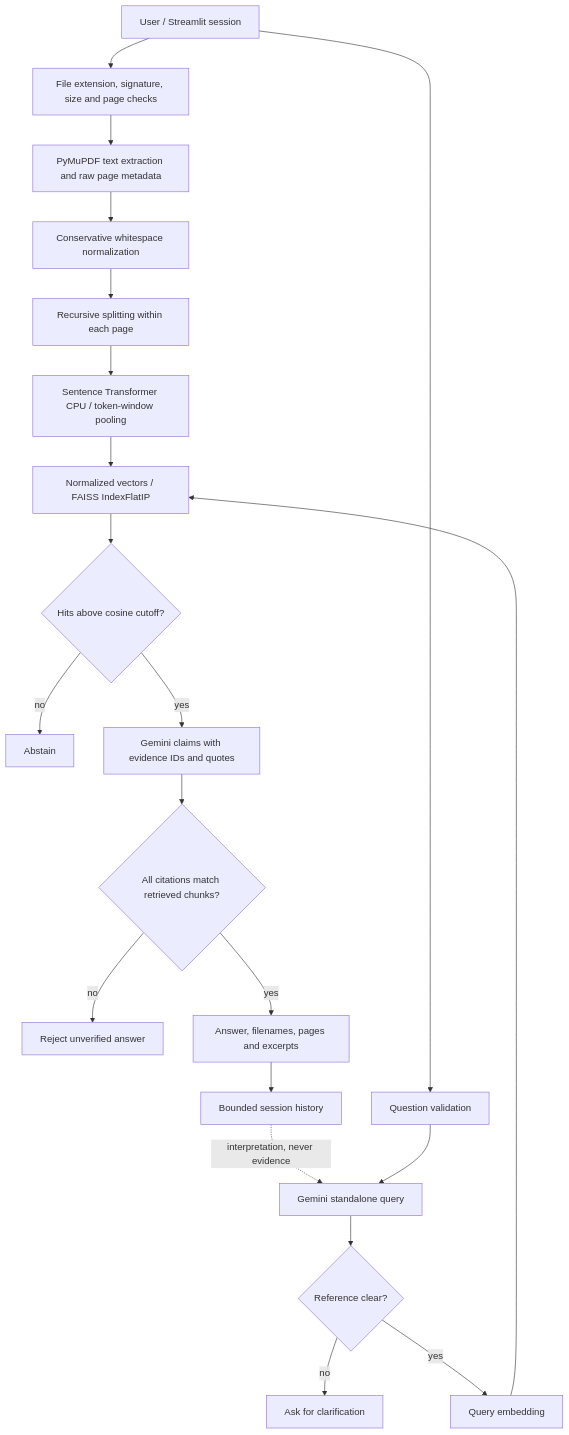
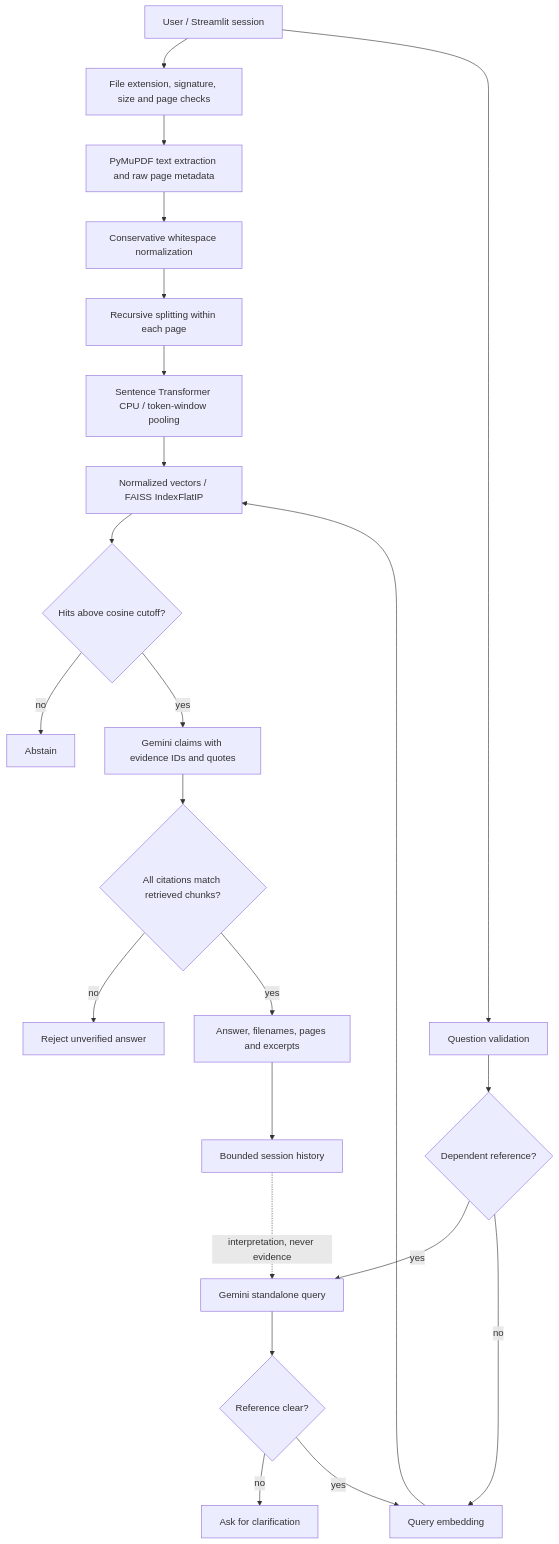
One commit to RishabhYAdav123/DocuMind-AI-Multi-Document-RAG changed the diagram in docs/architecture.md. Above: the diagram before and after it, drawn with Mermaid. The commit also changed 7 other files, not shown here.

````diff
--- a/docs/architecture.md
+++ b/docs/architecture.md
@@ -3,23 +3,25 @@
 ```mermaid
 flowchart TD
   U[User / Streamlit session] --> V[File extension, signature, size and page checks]
   V --> X[PyMuPDF text extraction and raw page metadata]
   X --> P[Conservative whitespace normalization]
   P --> C[Recursive splitting within each page]
   C --> E[Sentence Transformer CPU / token-window pooling]
   E --> F[Normalized vectors / FAISS IndexFlatIP]
   U --> Q[Question validation]
   H[Bounded session history] -. interpretation, never evidence .-> R[Gemini standalone query]
-  Q --> R
+  Q --> REF{Dependent reference?}
+  REF -- yes --> R
+  REF -- no --> QE
   R --> A{Reference clear?}
   A -- no --> CL[Ask for clarification]
   A -- yes --> QE[Query embedding]
   QE --> F
   F --> G{Hits above cosine cutoff?}
   G -- no --> NA[Abstain]
   G -- yes --> L[Gemini claims with evidence IDs and quotes]
   L --> CV{All citations match retrieved chunks?}
   CV -- no --> RE[Reject unverified answer]
   CV -- yes --> D[Answer, filenames, pages and excerpts]
   D --> H
 ```
````
